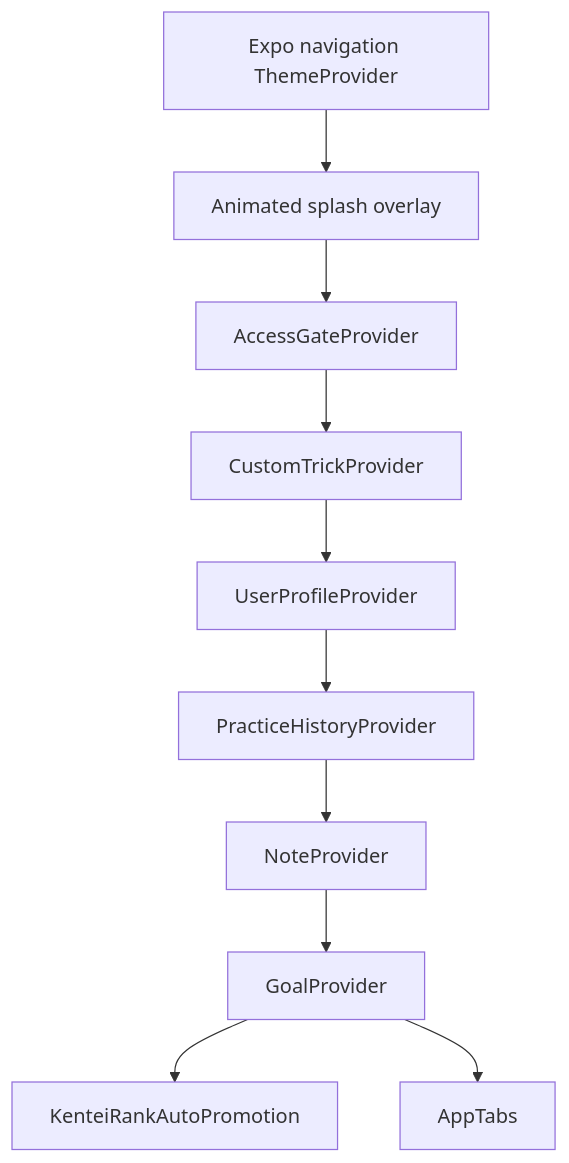
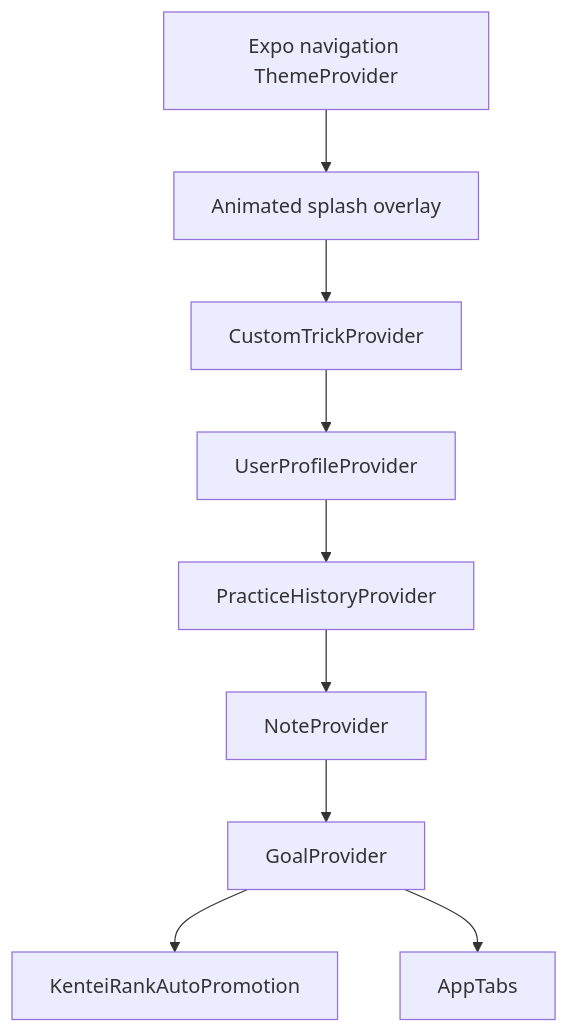
Before and after one commit to lukemillur/daily-dama: the second of 6 diagrams in ARCHITECTURE.md, drawn with Mermaid. The commit also changed other lines of this file and 12 other files, not shown here.

First line of the commit message:
[T111] Remove the access-gate password screen (#133)

````diff
--- a/ARCHITECTURE.md
+++ b/ARCHITECTURE.md
@@ -128,12 +126,11 @@
 ```mermaid
 flowchart TD
     Theme["Expo navigation ThemeProvider"] --> Splash["Animated splash overlay"]
-    Splash --> Access["AccessGateProvider"]
-    Access --> Custom["CustomTrickProvider"]
+    Splash --> Custom["CustomTrickProvider"]
     Custom --> Profile["UserProfileProvider"]
     Profile --> History["PracticeHistoryProvider"]
     History --> Notes["NoteProvider"]
     Notes --> Goals["GoalProvider"]
     Goals --> Promotion["KenteiRankAutoPromotion"]
     Goals --> Tabs["AppTabs"]
 ```
````
